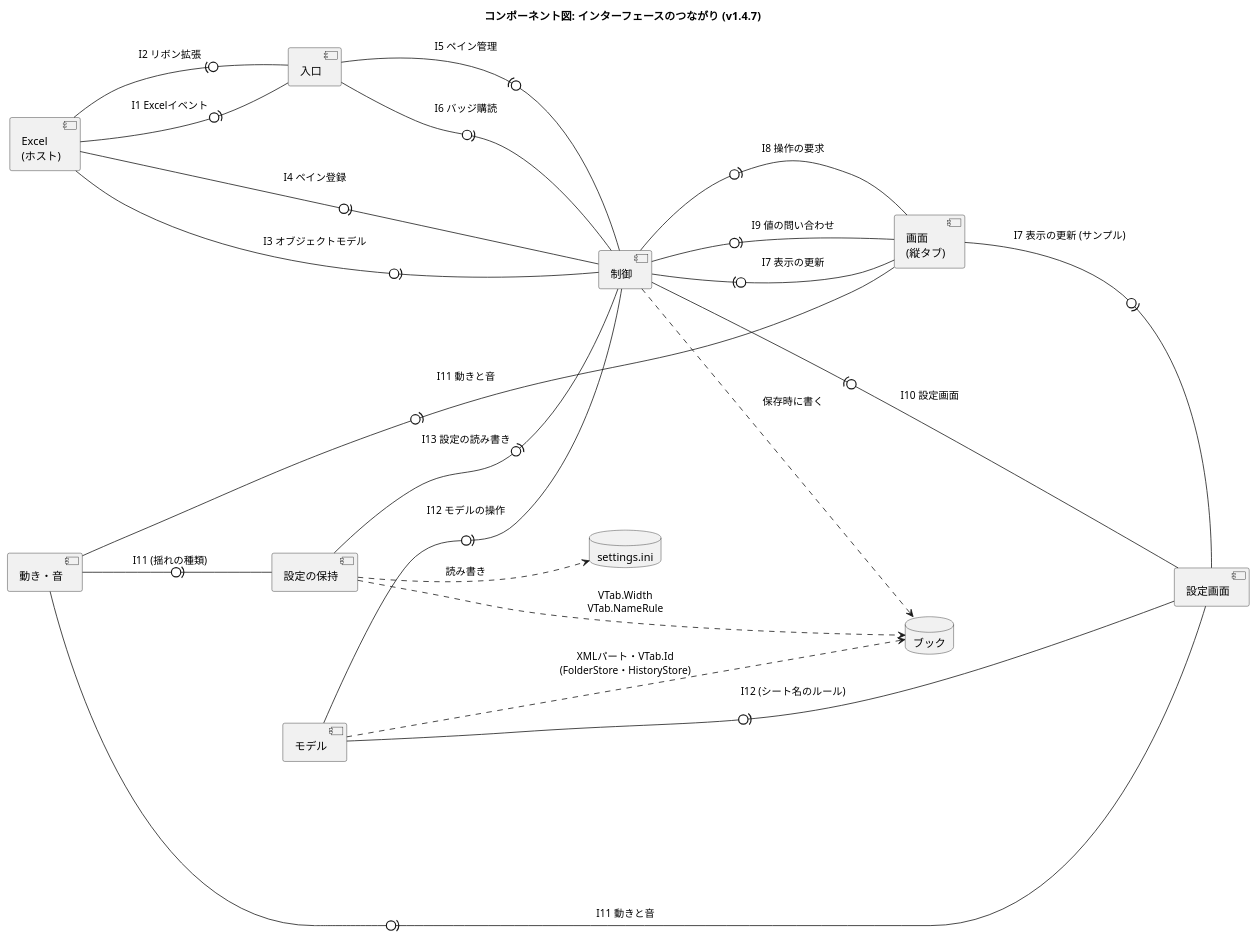
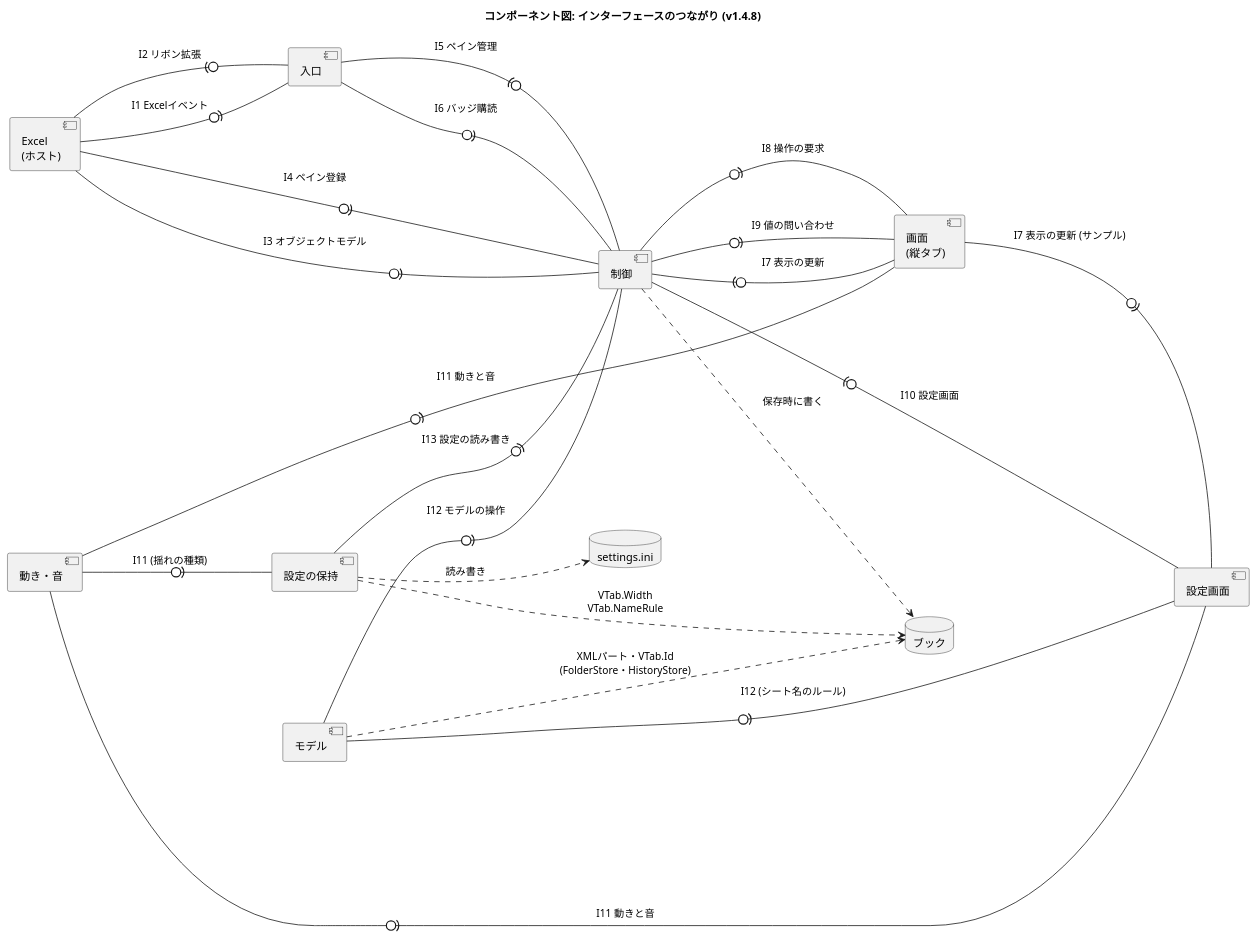
The diagram in docs/component-interface.puml (nk-taka623/VerticalSheetTabs), drawn with PlantUML before and after one commit. The commit also changed 14 other files, not shown here.

Commit message:
v1.4.8 にする (バージョン、README の変更点、設計図の版数)

```diff
--- a/docs/component-interface.puml
+++ b/docs/component-interface.puml
@@ -1,43 +1,43 @@
 @startuml
-title コンポーネント図: インターフェースのつながり (v1.4.7)
+title コンポーネント図: インターフェースのつながり (v1.4.8)
 left to right direction
 skinparam componentStyle uml2
 skinparam shadowing false
 skinparam nodesep 50
 skinparam ranksep 110
 
 component "Excel\n(ホスト)" as HOST
 component "入口" as ENTRY
 component "制御" as CTRL
 component "画面\n(縦タブ)" as VIEW
 component "設定画面" as SETTINGS
 component "動き・音" as FX
 component "モデル" as MODEL
 component "設定の保持" as CONFIG
 database "ブック" as BOOK
 database "settings.ini" as INI
 
 ' 「提供側 -0)- 利用側」: 丸が提供するインターフェース、受け口が利用 (I1 から I13 は、DEVELOPMENT.md の表)
 HOST -0)- ENTRY : I1 Excelイベント
 ENTRY -0)- HOST : I2 リボン拡張
 HOST -0)- CTRL : I3 オブジェクトモデル
 HOST -0)- CTRL : I4 ペイン登録
 CTRL -0)- ENTRY : I5 ペイン管理
 ENTRY -0)- CTRL : I6 バッジ購読
 VIEW -0)- CTRL : I7 表示の更新
 CTRL -0)- VIEW : I8 操作の要求
 CTRL -0)- VIEW : I9 値の問い合わせ
 SETTINGS -0)- CTRL : I10 設定画面
 VIEW -0)- SETTINGS : I7 表示の更新 (サンプル)
 FX -0)- VIEW : I11 動きと音
 FX -0)- SETTINGS : I11 動きと音
 FX -0)- CONFIG : I11 (揺れの種類)
 MODEL -0)- CTRL : I12 モデルの操作
 MODEL -0)- SETTINGS : I12 (シート名のルール)
 CONFIG -0)- CTRL : I13 設定の読み書き
 
 CTRL ..> BOOK : 保存時に書く
 MODEL ..> BOOK : XMLパート・VTab.Id\n(FolderStore・HistoryStore)
 CONFIG ..> BOOK : VTab.Width\nVTab.NameRule
 CONFIG ..> INI : 読み書き
 @enduml
```
